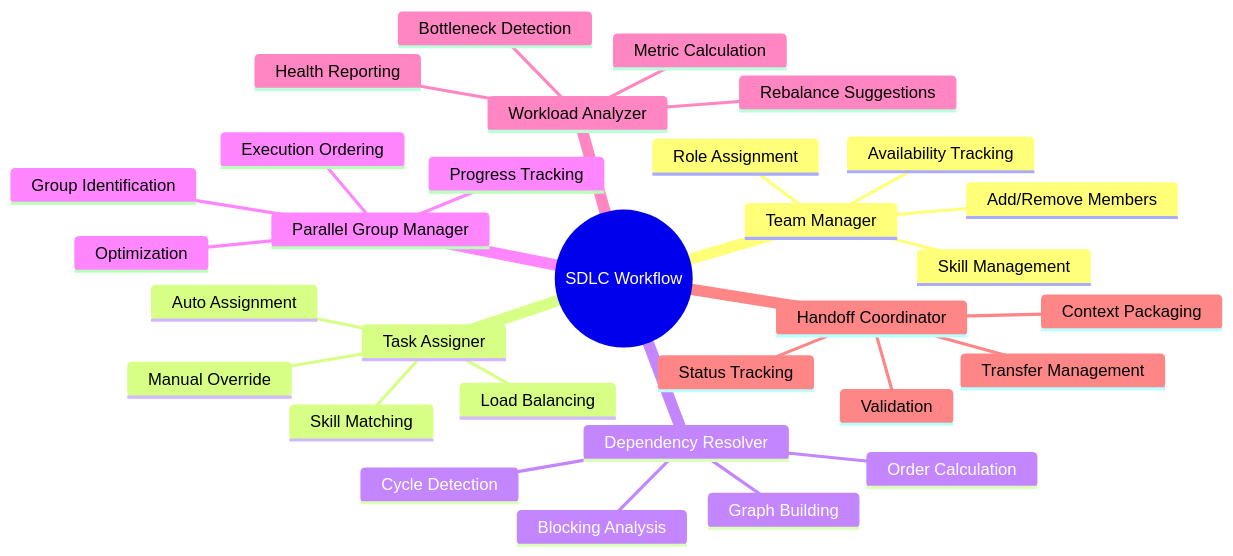
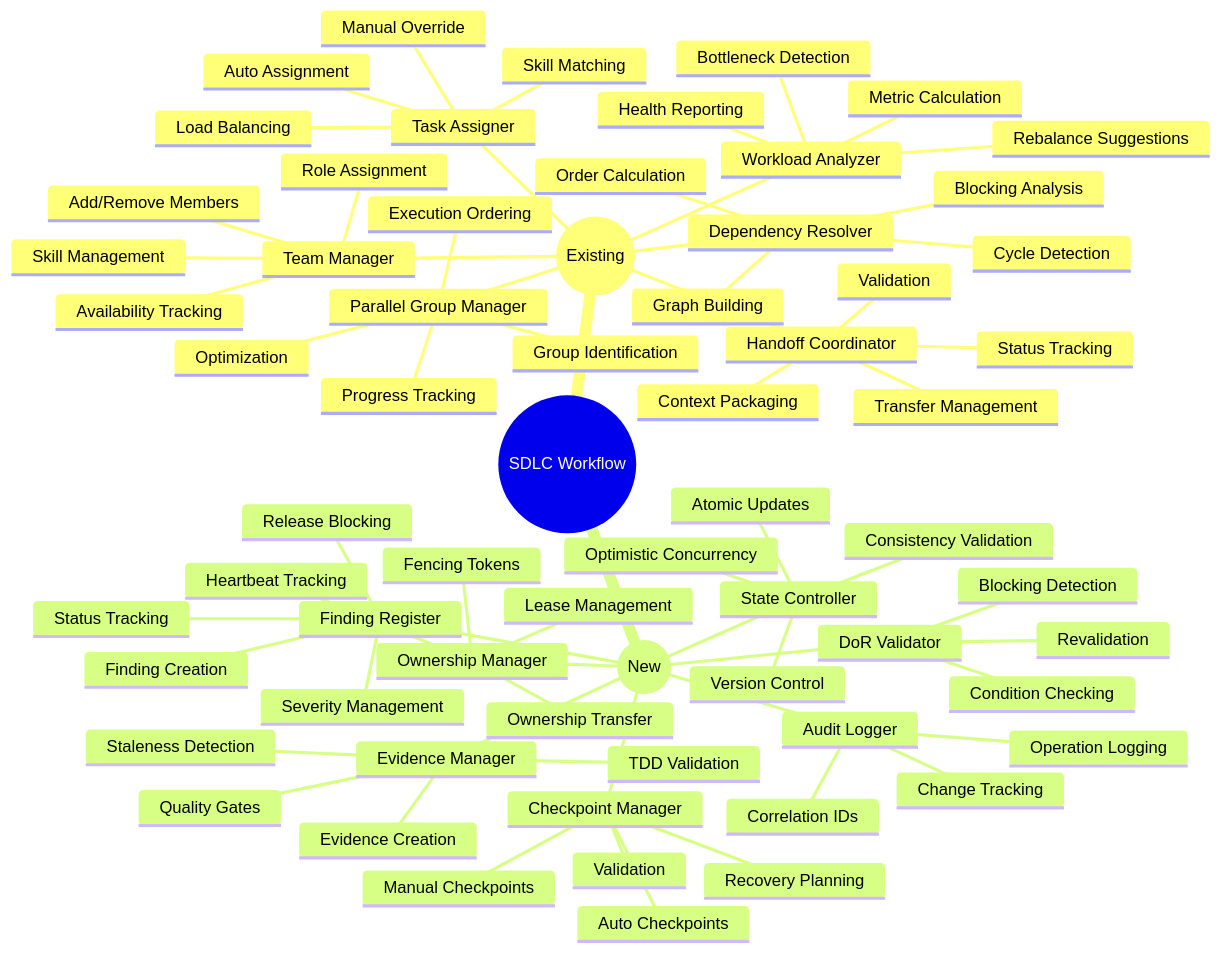
Diagram 18 of 18 in powers/sdlc-workflow/WORKFLOW-DIAGRAMS.md (RickoCP/TDD-Workflow), drawn with Mermaid before and after one commit. The commit also changed other lines of this file and 54 other files, not shown here.

````diff
--- a/powers/sdlc-workflow/WORKFLOW-DIAGRAMS.md
+++ b/powers/sdlc-workflow/WORKFLOW-DIAGRAMS.md
@@ -445,34 +1078,69 @@
 ```mermaid
 mindmap
     root((SDLC Workflow))
-        Team Manager
-            Add/Remove Members
-            Role Assignment
-            Availability Tracking
-            Skill Management
-        Task Assigner
-            Auto Assignment
-            Manual Override
-            Skill Matching
-            Load Balancing
-        Dependency Resolver
-            Graph Building
-            Cycle Detection
-            Order Calculation
-            Blocking Analysis
-        Parallel Group Manager
-            Group Identification
-            Execution Ordering
-            Progress Tracking
-            Optimization
-        Workload Analyzer
-            Metric Calculation
-            Bottleneck Detection
-            Rebalance Suggestions
-            Health Reporting
-        Handoff Coordinator
-            Context Packaging
-            Transfer Management
-            Validation
-            Status Tracking
+        Existing_Components((Existing))
+            Team Manager
+                Add/Remove Members
+                Role Assignment
+                Availability Tracking
+                Skill Management
+            Task Assigner
+                Auto Assignment
+                Manual Override
+                Skill Matching
+                Load Balancing
+            Dependency Resolver
+                Graph Building
+                Cycle Detection
+                Order Calculation
+                Blocking Analysis
+            Parallel Group Manager
+                Group Identification
+                Execution Ordering
+                Progress Tracking
+                Optimization
+            Workload Analyzer
+                Metric Calculation
+                Bottleneck Detection
+                Rebalance Suggestions
+                Health Reporting
+            Handoff Coordinator
+                Context Packaging
+                Transfer Management
+                Validation
+                Status Tracking
+        Reliability_Components((New))
+            State Controller
+                Version Control
+                Optimistic Concurrency
+                Atomic Updates
+                Consistency Validation
+            Ownership Manager
+                Fencing Tokens
+                Lease Management
+                Heartbeat Tracking
+                Ownership Transfer
+            Checkpoint Manager
+                Auto Checkpoints
+                Manual Checkpoints
+                Validation
+                Recovery Planning
+            Evidence Manager
+                Evidence Creation
+                Staleness Detection
+                Quality Gates
+                TDD Validation
+            DoR Validator
+                Condition Checking
+                Revalidation
+                Blocking Detection
+            Finding Register
+                Finding Creation
+                Status Tracking
+                Severity Management
+                Release Blocking
+            Audit Logger
+                Operation Logging
+                Correlation IDs
+                Change Tracking
 ```
````
